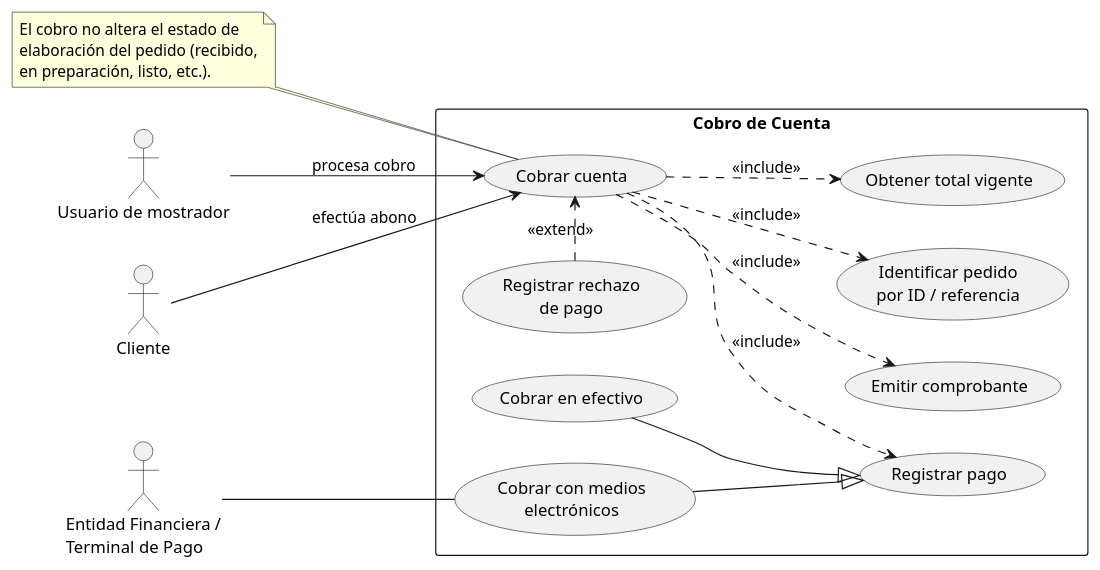
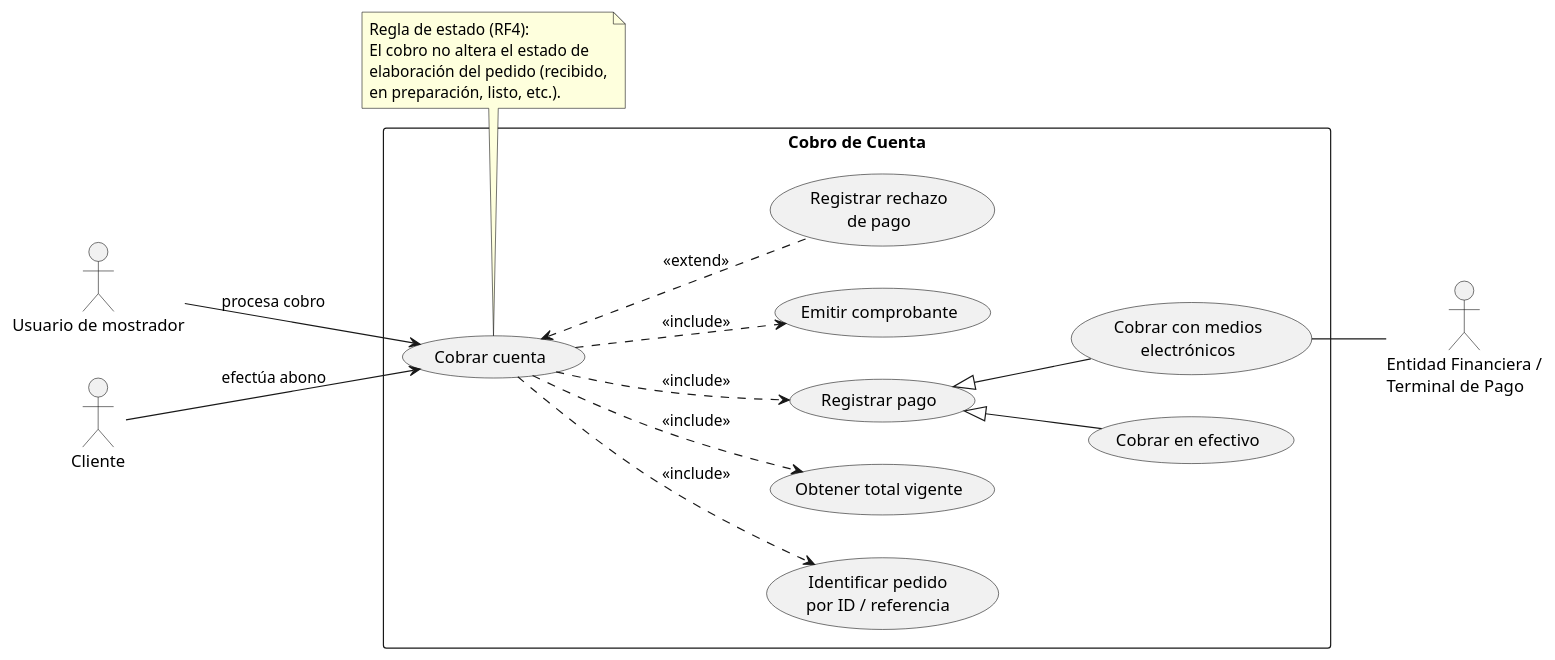
One commit to cmariano93-netizen/SistemaPedidos changed the diagram in diagramas/02-casos-de-uso/02-cobrar-cuenta.puml. Above: the diagram before and after it, drawn with PlantUML. The commit also changed 14 other files, not shown here.

First line of the commit message:
fix: alinear reglas de estado en diagramas de casos de uso (RC5)

```diff
--- a/diagramas/02-casos-de-uso/02-cobrar-cuenta.puml
+++ b/diagramas/02-casos-de-uso/02-cobrar-cuenta.puml
@@ -1,38 +1,42 @@
 @startuml
 left to right direction
+skinparam packageStyle rectangle
+skinparam shadowing false
 
 actor "Usuario de mostrador" as Mostrador
 actor "Cliente" as Cliente
 actor "Entidad Financiera /\nTerminal de Pago" as Pasarela
 
 rectangle "Cobro de Cuenta" {
   usecase "Cobrar cuenta" as UC_Cobrar
   usecase "Identificar pedido\npor ID / referencia" as UC_Identificar
   usecase "Obtener total vigente" as UC_Total
   usecase "Registrar pago" as UC_Pago
   usecase "Cobrar en efectivo" as UC_Efectivo
   usecase "Cobrar con medios\nelectrónicos" as UC_Electronico
   usecase "Emitir comprobante" as UC_Ticket
   usecase "Registrar rechazo\nde pago" as UC_Rechazo
 }
 
 Cliente --> UC_Cobrar : efectúa abono
 Mostrador --> UC_Cobrar : procesa cobro
-Pasarela -- UC_Electronico
 
-UC_Cobrar -d.> UC_Identificar : <<include>>
-UC_Cobrar -d.> UC_Total : <<include>>
-UC_Cobrar -d.> UC_Pago : <<include>>
-UC_Cobrar -d.> UC_Ticket : <<include>>
+UC_Cobrar ..> UC_Identificar : <<include>>
+UC_Cobrar ..> UC_Total : <<include>>
+UC_Cobrar ..> UC_Pago : <<include>>
+UC_Cobrar ..> UC_Ticket : <<include>>
 
-UC_Efectivo --|> UC_Pago
-UC_Electronico --|> UC_Pago
+UC_Cobrar <.. UC_Rechazo : <<extend>>
 
-UC_Rechazo .> UC_Cobrar : <<extend>>
+UC_Pago <|-- UC_Efectivo
+UC_Pago <|-- UC_Electronico
 
-note left of UC_Cobrar
+UC_Electronico -- Pasarela
+
+note bottom of UC_Cobrar
+  Regla de estado (RF4):
   El cobro no altera el estado de
   elaboración del pedido (recibido,
   en preparación, listo, etc.).
 end note
 @enduml
```
